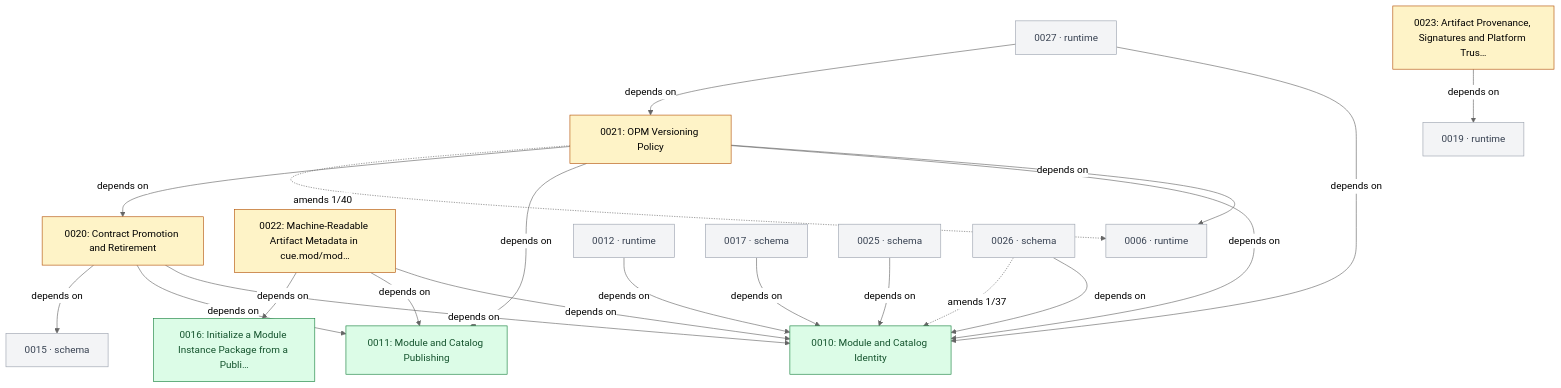
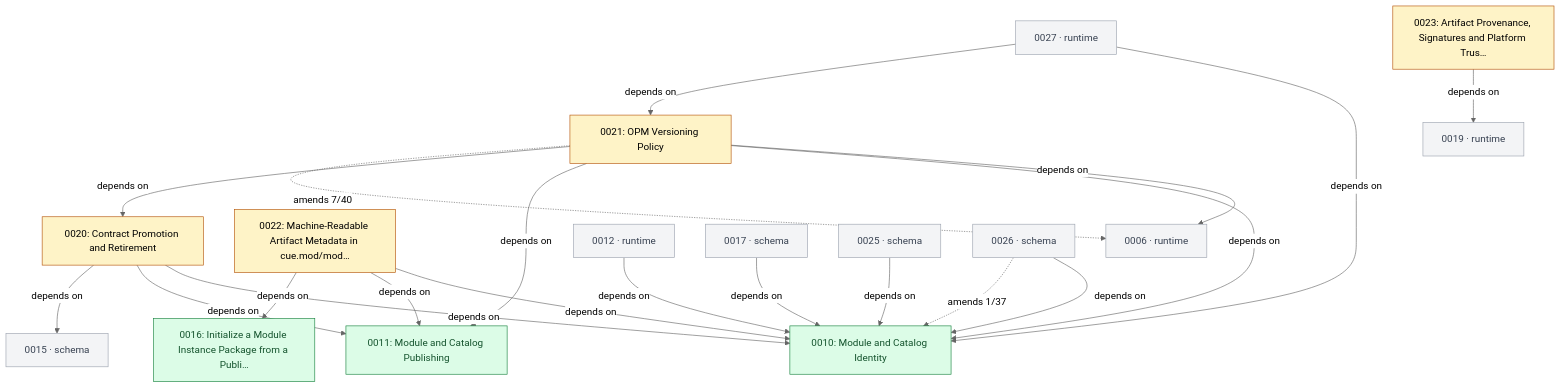
The fourth of 6 diagrams in GRAPH.md (open-platform-model/enhancements), drawn with Mermaid (neutral theme) before and after one commit. The commit also changed other lines of this file and 6 other files, not shown here.

````diff
--- a/GRAPH.md
+++ b/GRAPH.md
@@ -147,47 +147,47 @@
 ```mermaid
 graph TD
   classDef draft       fill:#fef3c7,stroke:#b45309,color:#000
   classDef accepted    fill:#dbeafe,stroke:#1d4ed8,color:#000
   classDef rejected    fill:#fee2e2,stroke:#b91c1c,color:#7f1d1d,stroke-dasharray:4 2
   classDef superseded  fill:#e5e7eb,stroke:#6b7280,color:#6b7280
   classDef delivered   fill:#dcfce7,stroke:#15803d,color:#14532d
   classDef legacy      fill:#fafafa,stroke:#9ca3af,color:#6b7280,stroke-dasharray:3 3
   classDef stub        fill:#f3f4f6,stroke:#9ca3af,color:#374151
   classDef category    fill:#ede9fe,stroke:#6d28d9,color:#000
 
   N0010["0010: Module and Catalog Identity"]:::delivered
   N0011["0011: Module and Catalog Publishing"]:::delivered
   N0016["0016: Initialize a Module Instance Package from a Publi…"]:::delivered
   N0020["0020: Contract Promotion and Retirement"]:::draft
   N0021["0021: OPM Versioning Policy"]:::draft
   N0022["0022: Machine-Readable Artifact Metadata in cue.mod/mod…"]:::draft
   N0023["0023: Artifact Provenance, Signatures and Platform Trus…"]:::draft
   N0006["0006 · runtime"]:::stub
   N0012["0012 · runtime"]:::stub
   N0015["0015 · schema"]:::stub
   N0017["0017 · schema"]:::stub
   N0019["0019 · runtime"]:::stub
   N0025["0025 · schema"]:::stub
   N0026["0026 · schema"]:::stub
   N0027["0027 · runtime"]:::stub
 
   N0012 -->|depends on| N0010
   N0017 -->|depends on| N0010
   N0020 -->|depends on| N0010
   N0020 -->|depends on| N0011
   N0020 -->|depends on| N0015
   N0021 -->|depends on| N0006
   N0021 -->|depends on| N0010
   N0021 -->|depends on| N0011
   N0021 -->|depends on| N0020
   N0022 -->|depends on| N0010
   N0022 -->|depends on| N0011
   N0022 -->|depends on| N0016
   N0023 -->|depends on| N0019
   N0025 -->|depends on| N0010
   N0026 -->|depends on| N0010
   N0027 -->|depends on| N0010
   N0027 -->|depends on| N0021
-  N0021 -.->|amends 1/40| N0006
+  N0021 -.->|amends 7/40| N0006
   N0026 -.->|amends 1/37| N0010
 ```
````
